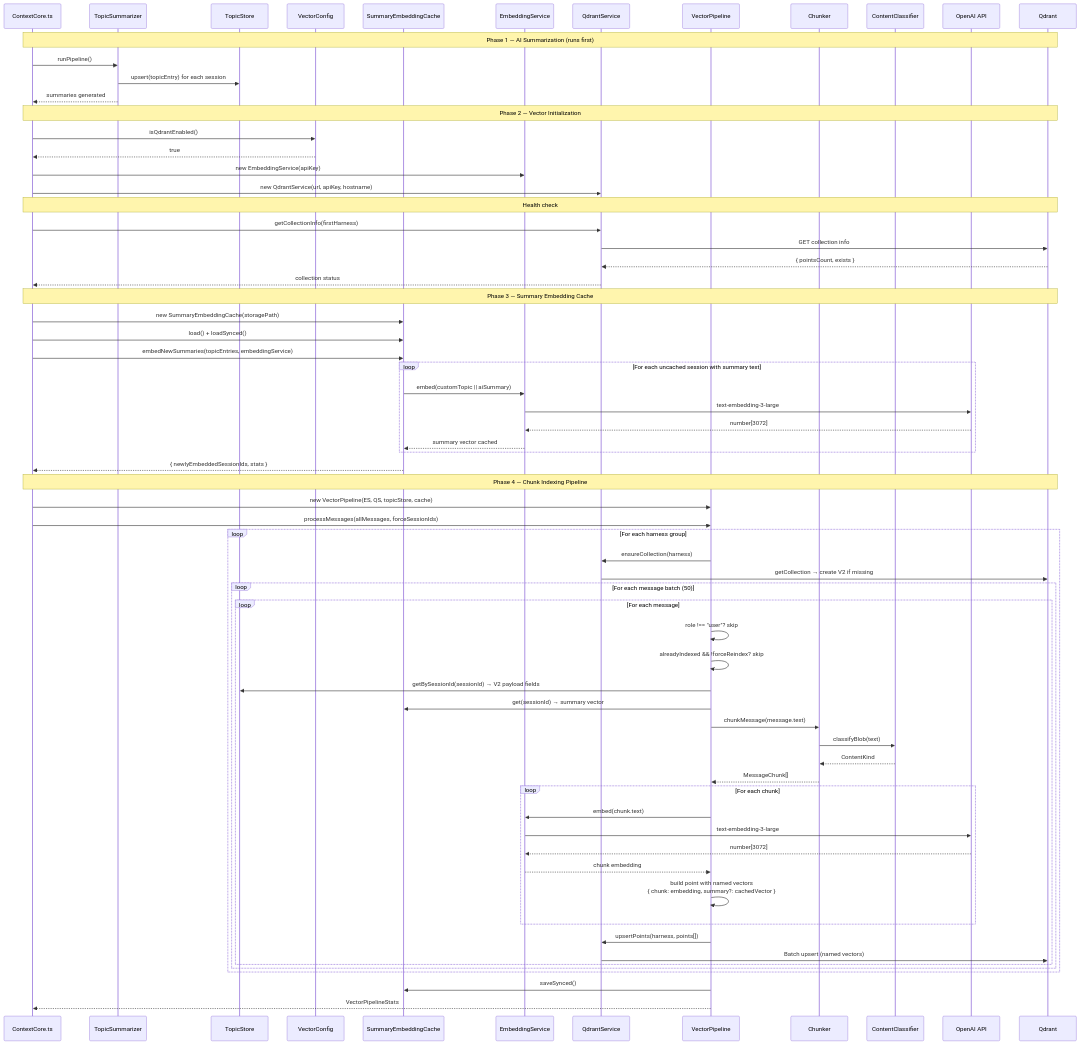
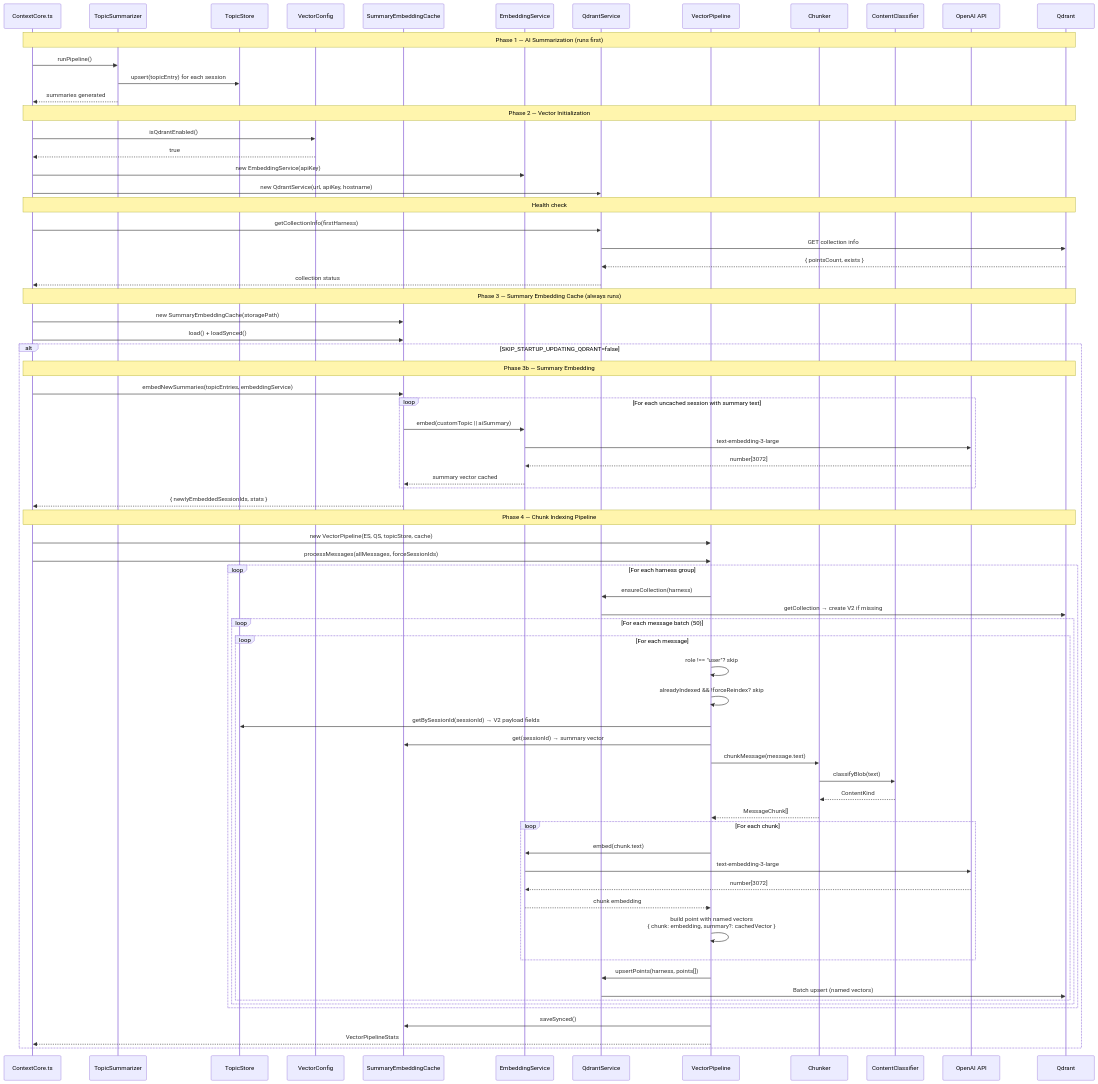
Before and after one commit to Kyliathy/context-core: the second of 17 diagrams in server/zz-reach2/architecture/search/archi-qdrant.md, drawn with Mermaid. The commit also changed other lines of this file and 14 other files, not shown here.

Commit message:
feat: creating/editing scopes now happens in a modal fix: topic embeddings should not be fetched when Qdrant is  disabled. chore: cache dir rename

````diff
--- a/server/zz-reach2/architecture/search/archi-qdrant.md
+++ b/server/zz-reach2/architecture/search/archi-qdrant.md
@@ -181,53 +183,57 @@
     QDB-->>QS: { pointsCount, exists }
     QS-->>CC: collection status
 
-    Note over CC,QDB: Phase 3 — Summary Embedding Cache
+    Note over CC,QDB: Phase 3 — Summary Embedding Cache (always runs)
     CC->>SEC: new SummaryEmbeddingCache(storagePath)
     CC->>SEC: load() + loadSynced()
-    CC->>SEC: embedNewSummaries(topicEntries, embeddingService)
-    loop For each uncached session with summary text
-        SEC->>ES: embed(customTopic || aiSummary)
-        ES->>OAI: text-embedding-3-large
-        OAI-->>ES: number[3072]
-        ES-->>SEC: summary vector cached
-    end
-    SEC-->>CC: { newlyEmbeddedSessionIds, stats }
 
-    Note over CC,QDB: Phase 4 — Chunk Indexing Pipeline
-    CC->>VP: new VectorPipeline(ES, QS, topicStore, cache)
-    CC->>VP: processMessages(allMessages, forceSessionIds)
+    alt SKIP_STARTUP_UPDATING_QDRANT=false
+        Note over CC,QDB: Phase 3b — Summary Embedding
+        CC->>SEC: embedNewSummaries(topicEntries, embeddingService)
+        loop For each uncached session with summary text
+            SEC->>ES: embed(customTopic || aiSummary)
+            ES->>OAI: text-embedding-3-large
+            OAI-->>ES: number[3072]
+            ES-->>SEC: summary vector cached
+        end
+        SEC-->>CC: { newlyEmbeddedSessionIds, stats }
 
-    loop For each harness group
-        VP->>QS: ensureCollection(harness)
-        QS->>QDB: getCollection → create V2 if missing
+        Note over CC,QDB: Phase 4 — Chunk Indexing Pipeline
+        CC->>VP: new VectorPipeline(ES, QS, topicStore, cache)
+        CC->>VP: processMessages(allMessages, forceSessionIds)
 
-        loop For each message batch (50)
-            loop For each message
-                VP->>VP: role !== "user"? skip
-                VP->>VP: alreadyIndexed && !forceReindex? skip
-                VP->>TSt: getBySessionId(sessionId) → V2 payload fields
-                VP->>SEC: get(sessionId) → summary vector
+        loop For each harness group
+            VP->>QS: ensureCollection(harness)
+            QS->>QDB: getCollection → create V2 if missing
 
-                VP->>CH: chunkMessage(message.text)
-                CH->>CL: classifyBlob(text)
-                CL-->>CH: ContentKind
-                CH-->>VP: MessageChunk[]
+            loop For each message batch (50)
+                loop For each message
+                    VP->>VP: role !== "user"? skip
+                    VP->>VP: alreadyIndexed && !forceReindex? skip
+                    VP->>TSt: getBySessionId(sessionId) → V2 payload fields
+                    VP->>SEC: get(sessionId) → summary vector
 
-                loop For each chunk
-                    VP->>ES: embed(chunk.text)
-                    ES->>OAI: text-embedding-3-large
-                    OAI-->>ES: number[3072]
-                    ES-->>VP: chunk embedding
+                    VP->>CH: chunkMessage(message.text)
+                    CH->>CL: classifyBlob(text)
+                    CL-->>CH: ContentKind
+                    CH-->>VP: MessageChunk[]
 
-                    VP->>VP: build point with named vectors<br/>{ chunk: embedding, summary?: cachedVector }
+                    loop For each chunk
+                        VP->>ES: embed(chunk.text)
+                        ES->>OAI: text-embedding-3-large
+                        OAI-->>ES: number[3072]
+                        ES-->>VP: chunk embedding
+
+                        VP->>VP: build point with named vectors<br/>{ chunk: embedding, summary?: cachedVector }
+                    end
+
+                    VP->>QS: upsertPoints(harness, points[])
+                    QS->>QDB: Batch upsert (named vectors)
                 end
-
-                VP->>QS: upsertPoints(harness, points[])
-                QS->>QDB: Batch upsert (named vectors)
             end
         end
+
+        VP->>SEC: saveSynced()
+        VP-->>CC: VectorPipelineStats
     end
-
-    VP->>SEC: saveSynced()
-    VP-->>CC: VectorPipelineStats
 ```
````
